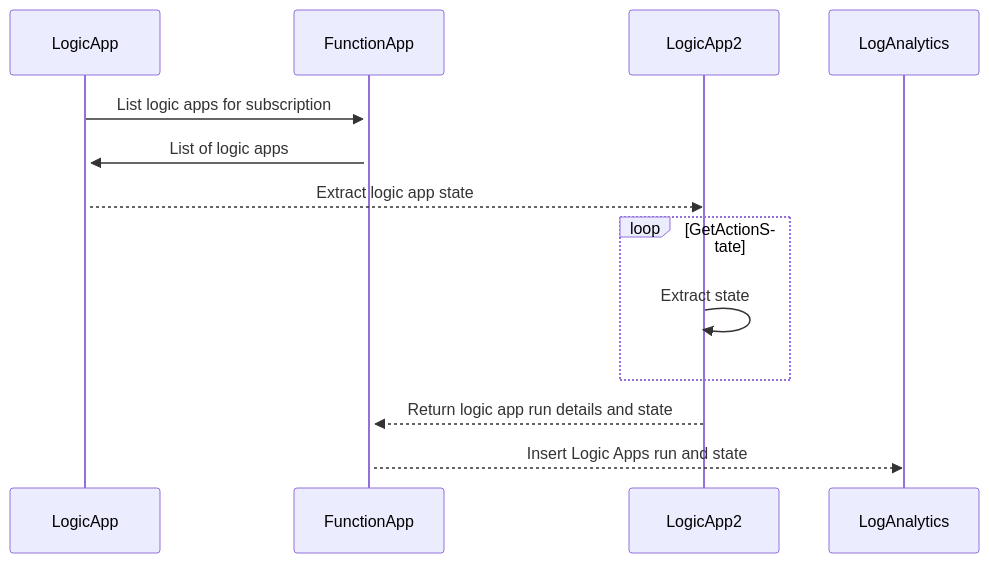
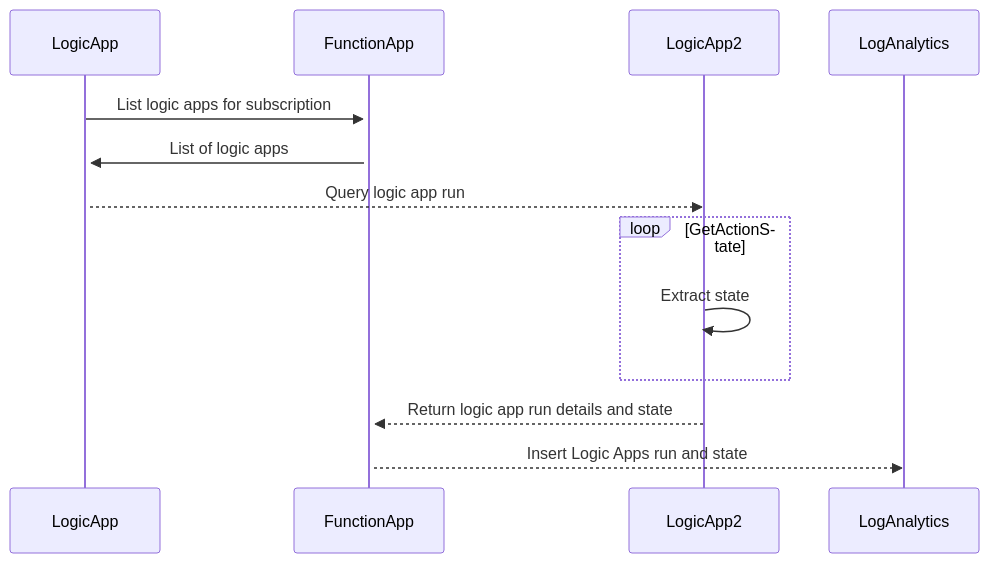
The diagram in src/Auxilium.FunctionApp/sequence.md (chrismckelt/Auxilium), drawn with Mermaid before and after one commit. The commit also changed 9 other files, not shown here.

````diff
--- a/src/Auxilium.FunctionApp/sequence.md
+++ b/src/Auxilium.FunctionApp/sequence.md
@@ -1,17 +1,17 @@
 ```mermaid
 
 sequenceDiagram
     participant LogicApp
     participant FunctionApp
     participant LogicApp2
     participant LogAnalytics
     LogicApp->>+FunctionApp: List logic apps for subscription
     FunctionApp->>+LogicApp: List of logic apps
-    LogicApp-->>LogicApp2: Extract logic app state
+    LogicApp-->>LogicApp2: Query logic app run
     loop GetActionState
         LogicApp2->>LogicApp2: Extract state
     end 
     LogicApp2-->>FunctionApp: Return logic app run details and state
     FunctionApp-->>LogAnalytics: Insert Logic Apps run and state
     
 ```            
````
